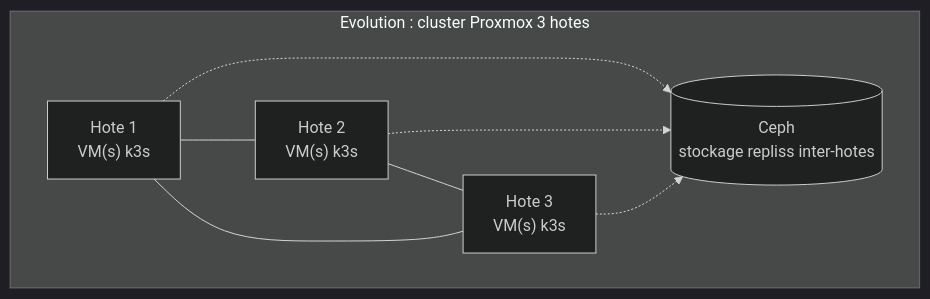
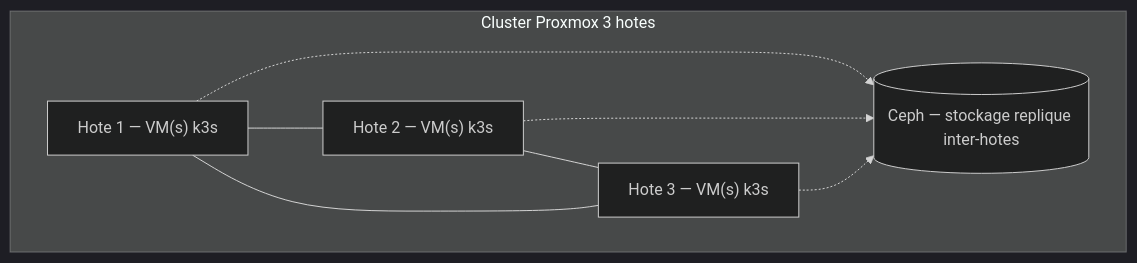
Before and after one commit to FutureKawa-Nte-G2/FutureKawa: the eighth of 8 diagrams in database/docs/architecture.md, drawn with Mermaid (dark theme). The commit also changed other lines of this file and 1 other file, not shown here.

First line of the commit message:
docs(db): réécrit l'architecture et le périmètre données

````diff
--- a/database/docs/architecture.md
+++ b/database/docs/architecture.md
@@ -279,15 +349,15 @@
 ```mermaid
 flowchart TB
-    subgraph EVO["Evolution : cluster Proxmox 3 hotes"]
-        H1["Hote 1<br/>VM(s) k3s"]
-        H2["Hote 2<br/>VM(s) k3s"]
-        H3["Hote 3<br/>VM(s) k3s"]
-        CEPH[("Ceph<br/>stockage repliss inter-hotes")]
+    subgraph EVO["Cluster Proxmox 3 hotes"]
+        H1["Hote 1 — VM(s) k3s"]
+        H2["Hote 2 — VM(s) k3s"]
+        H3["Hote 3 — VM(s) k3s"]
+        CEPH[("Ceph — stockage replique inter-hotes")]
         H1 --- H2
         H2 --- H3
         H3 --- H1
         H1 -.-> CEPH
         H2 -.-> CEPH
         H3 -.-> CEPH
     end
 ```
````
